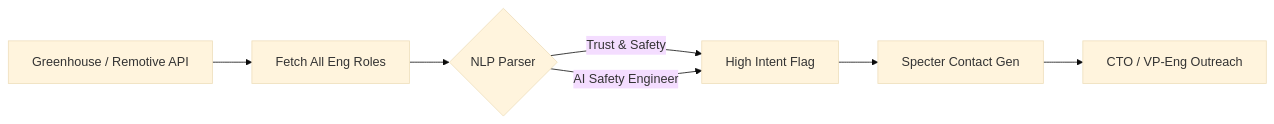
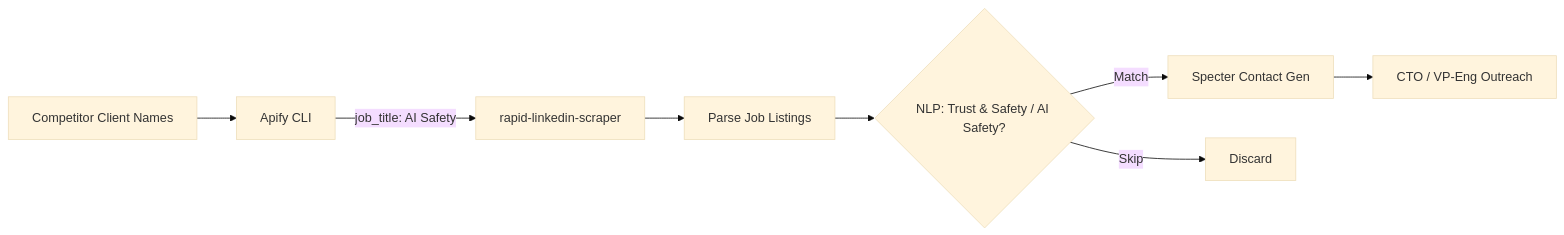
Before and after one commit to frankterpo/mermaidchart_prezi: the seventh of 10 diagrams in presentation/white_circle_prezi.md, drawn with Mermaid (base theme). The commit also changed other lines of this file and 7 other files, not shown here.

````diff
--- a/presentation/white_circle_prezi.md
+++ b/presentation/white_circle_prezi.md
@@ -316,9 +397,10 @@
 ```mermaid
 flowchart LR
-    A[Greenhouse / Remotive API] --> B[Fetch All Eng Roles]
-    B --> C{NLP Parser}
-    C -->|Trust & Safety| D[High Intent Flag]
-    C -->|AI Safety Engineer| D
-    D --> E[Specter Contact Gen]
-    E --> F[CTO / VP-Eng Outreach]
+    A[Competitor Client Names] --> B[Apify CLI]
+    B -->|job_title: AI Safety| C[rapid-linkedin-scraper]
+    C --> D[Parse Job Listings]
+    D --> E{NLP: Trust & Safety / AI Safety?}
+    E -->|Match| F[Specter Contact Gen]
+    E -->|Skip| G[Discard]
+    F --> H[CTO / VP-Eng Outreach]
 ```
````
